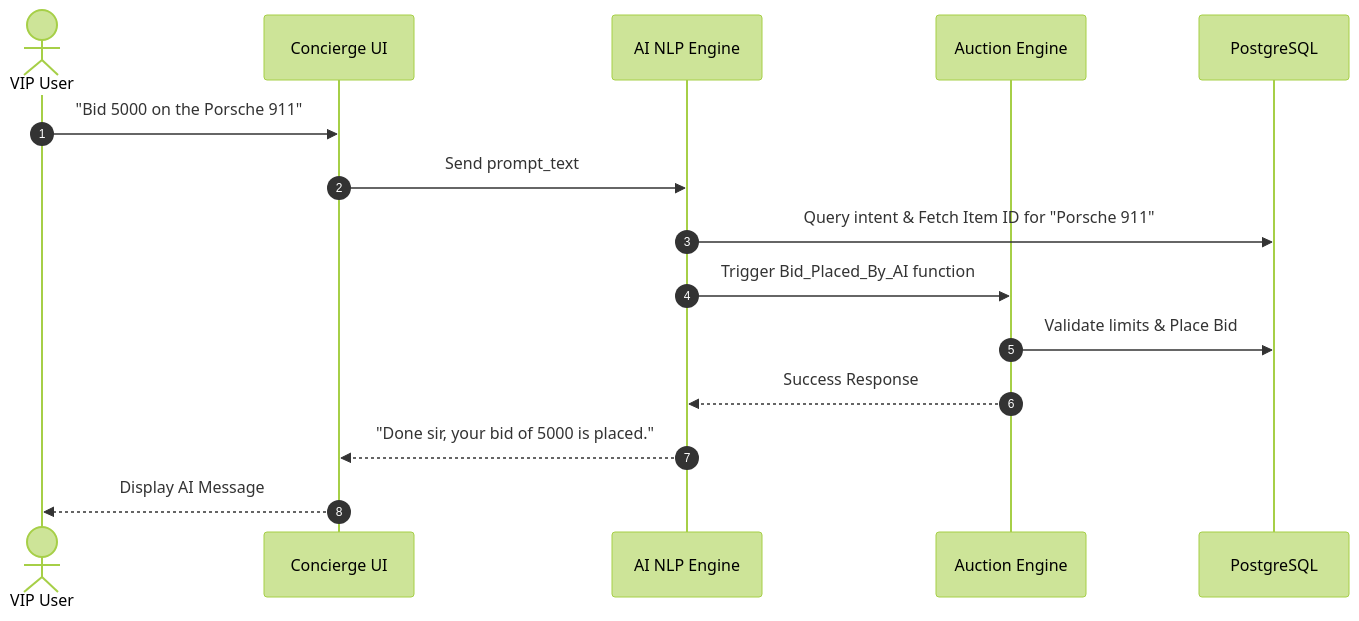
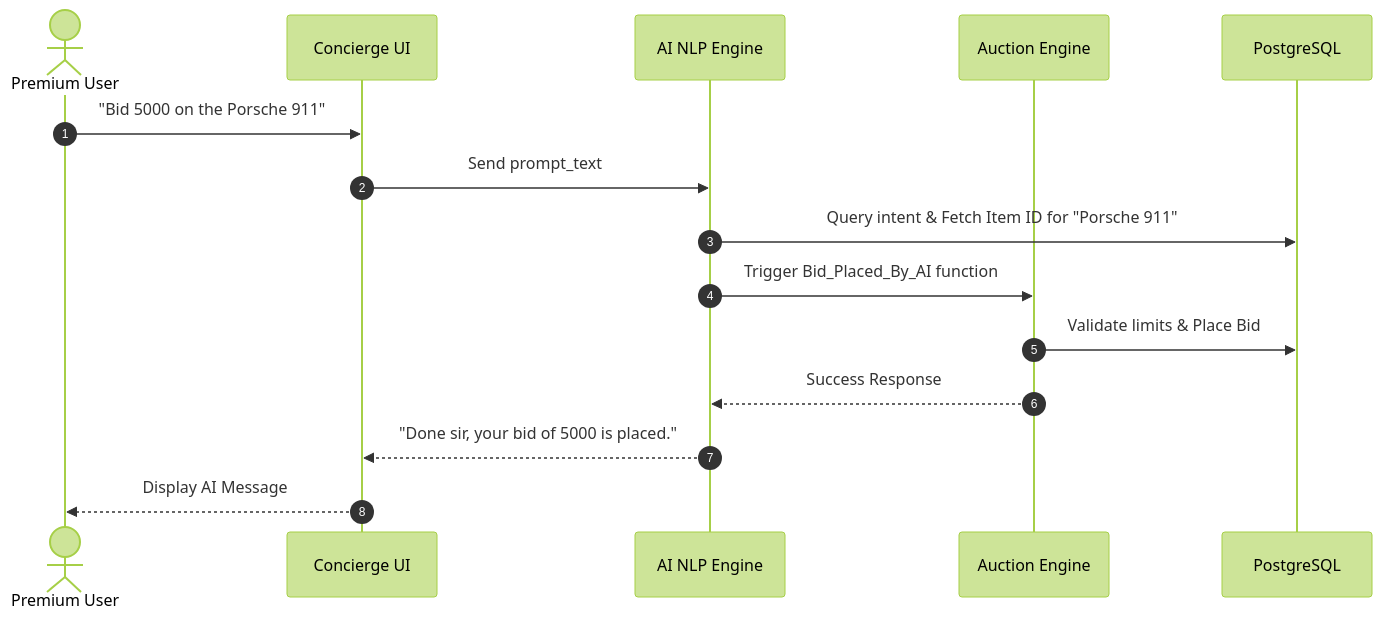
One commit to ghadi0alzhrani0/Mezyad changed diagram 12 of 13 in Stage_3/Report.MD. Above: the diagram before and after it, drawn with Mermaid (forest theme). The commit also changed other lines of this file, not shown here.

````diff
--- a/Stage_3/Report.MD
+++ b/Stage_3/Report.MD
@@ -633,18 +694,18 @@
 ```mermaid
 sequenceDiagram
     autonumber
-    actor VIPUser as VIP User
+    actor PremiumUser as Premium User
     participant Chat as Concierge UI
     participant AI as AI NLP Engine
     participant Engine as Auction Engine
     participant DB as PostgreSQL
 
-    VIPUser->>Chat: "Bid 5000 on the Porsche 911"
+    PremiumUser->>Chat: "Bid 5000 on the Porsche 911"
     Chat->>AI: Send prompt_text
     AI->>DB: Query intent & Fetch Item ID for "Porsche 911"
     AI->>Engine: Trigger Bid_Placed_By_AI function
     Engine->>DB: Validate limits & Place Bid
     Engine-->>AI: Success Response
     AI-->>Chat: "Done sir, your bid of 5000 is placed."
-    Chat-->>VIPUser: Display AI Message
+    Chat-->>PremiumUser: Display AI Message
 ```
````
